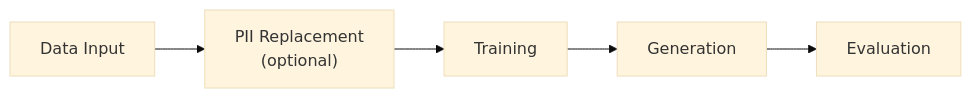
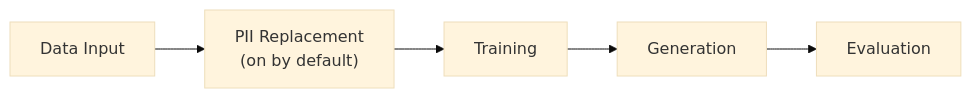
Before and after one commit to NVIDIA-NeMo/Safe-Synthesizer: the diagram in docs/user-guide/getting-started.md, drawn with Mermaid (base theme). The commit also changed other lines of this file and 20 other files, not shown here.

First line of the commit message:
fix: PII replacement on by default in SDK; remove enable_synthesis (#132, #169)

````diff
--- a/docs/user-guide/getting-started.md
+++ b/docs/user-guide/getting-started.md
@@ -132,7 +132,7 @@
 ```mermaid
 flowchart LR
-    Data["Data Input"] --> PII["PII Replacement<br/>(optional)"]
+    Data["Data Input"] --> PII["PII Replacement<br/>(on by default)"]
     PII --> Train["Training"]
     Train --> Gen["Generation"]
     Gen --> Eval["Evaluation"]
 ```
````
